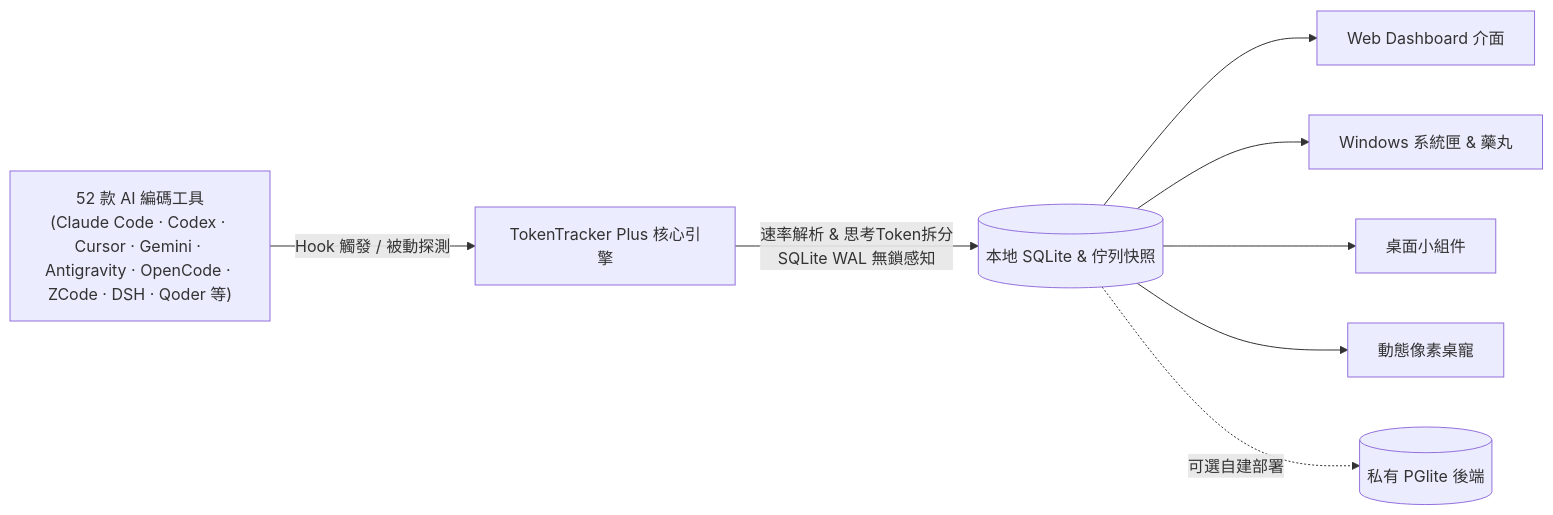
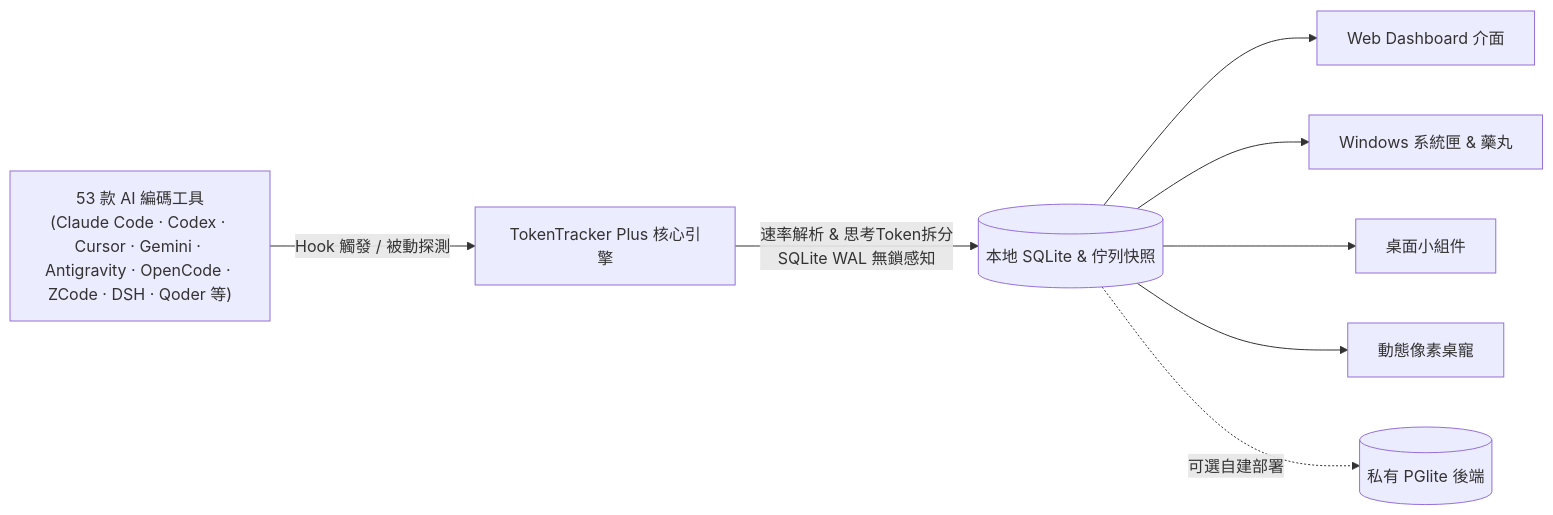
Before and after one commit to 01UNCLEDOG01/TokenTracker-Plus: the diagram in README.zh-TW.md, drawn with Mermaid. The commit also changed other lines of this file and 11 other files, not shown here.

````diff
--- a/README.zh-TW.md
+++ b/README.zh-TW.md
@@ -197,10 +197,10 @@
 ```mermaid
 flowchart LR
-    A["52 款 AI 編碼工具<br/>(Claude Code · Codex · Cursor · Gemini · Antigravity · OpenCode · ZCode · DSH · Qoder 等)"] -->|Hook 觸發 / 被動探測| B[TokenTracker Plus 核心引擎]
+    A["53 款 AI 編碼工具<br/>(Claude Code · Codex · Cursor · Gemini · Antigravity · OpenCode · ZCode · DSH · Qoder 等)"] -->|Hook 觸發 / 被動探測| B[TokenTracker Plus 核心引擎]
     B -->|速率解析 & 思考Token拆分<br/>SQLite WAL 無鎖感知| C[(本地 SQLite & 佇列快照)]
     C --> D[Web Dashboard 介面]
     C --> E[Windows 系統匣 & 藥丸]
     C --> F[桌面小組件]
     C --> G[動態像素桌寵]
     C -.->|可選自建部署| H[(私有 PGlite 後端)]
 ```
````
